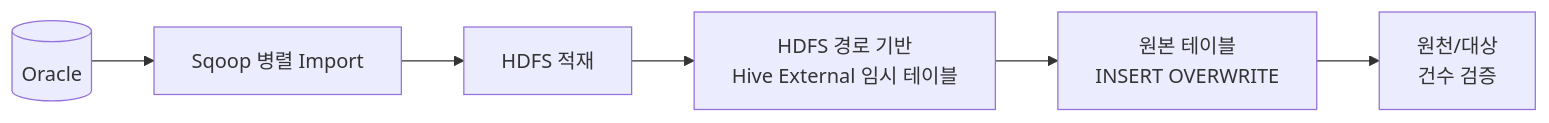
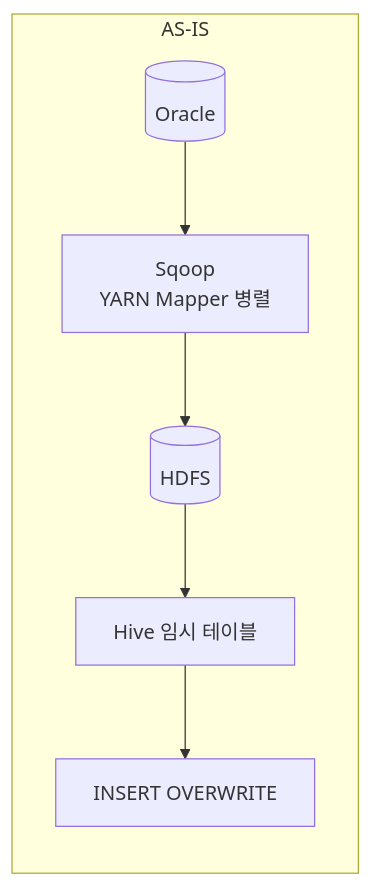
One commit to DataDynamics/nifi-sqoop-removal changed the first of 2 diagrams in README.md. Above: the diagram before and after it, drawn with Mermaid. The commit also changed other lines of this file and 53 other files, not shown here.

````diff
--- a/README.md
+++ b/README.md
@@ -9,8 +7,6 @@
 ```mermaid
 flowchart LR
-    A[(Oracle)] --> B[Sqoop 병렬 Import]
-    B --> C[HDFS 적재]
-    C --> D[HDFS 경로 기반<br/>Hive External 임시 테이블]
-    D --> E[원본 테이블<br/>INSERT OVERWRITE]
-    E --> F[원천/대상<br/>건수 검증]
+    subgraph AS-IS
+        A1[(Oracle)] --> A2[Sqoop<br/>YARN Mapper 병렬] --> A3[(HDFS)] --> A4[Hive 임시 테이블] --> A5[INSERT OVERWRITE]
+    end
 ```
````
